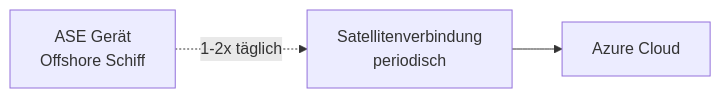
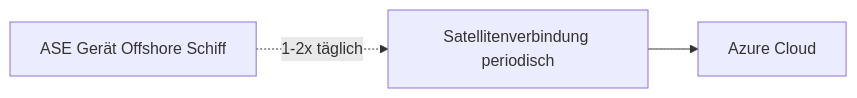
The tenth of 12 diagrams in Microsoft 365/Azure/Arc/Azure Stack Edge.md (SoniiiT/notes-n-docs), drawn with Mermaid before and after one commit. The commit also changed other lines of this file and 124 other files, not shown here.

First line of the commit message:
fix: Entferne \n aus allen Mermaid-Diagrammen (125 Dateien)

````diff
--- a/Microsoft 365/Azure/Arc/Azure Stack Edge.md
+++ b/Microsoft 365/Azure/Arc/Azure Stack Edge.md
@@ -364,9 +364,9 @@
 ```mermaid
 graph LR
-    ASE[ASE Gerät\nOffshore Schiff]
-    SATLINK[Satellitenverbindung\nperiodisch]
+    ASE[ASE Gerät Offshore Schiff]
+    SATLINK[Satellitenverbindung periodisch]
     AZURE[Azure Cloud]
 
     ASE -.->|1-2x täglich| SATLINK
     SATLINK --> AZURE
 ```
````
